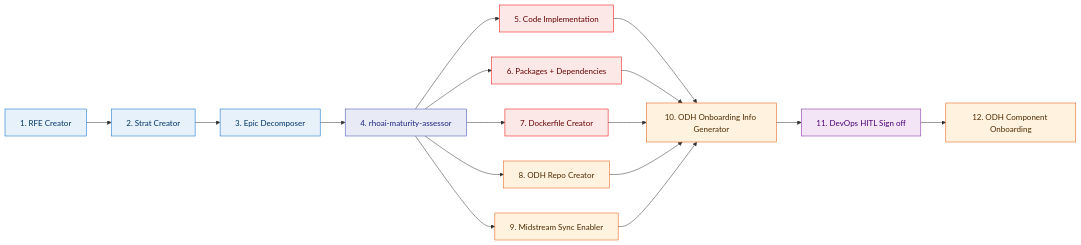
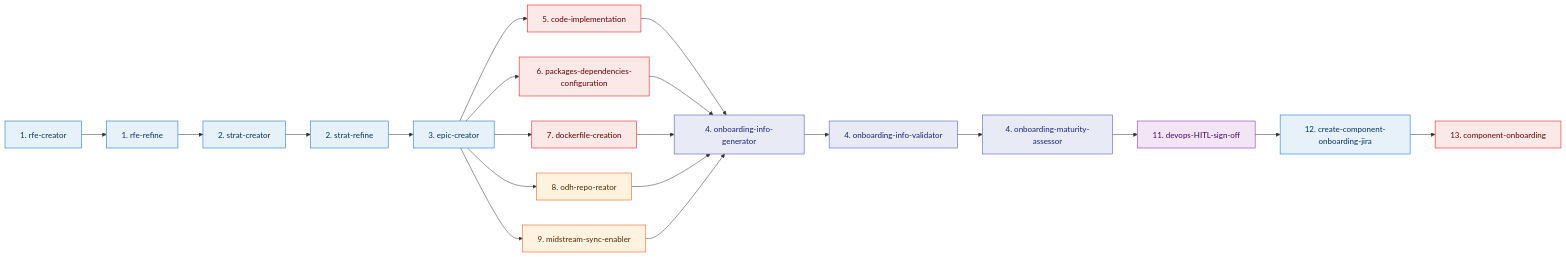
Before and after one commit to opendatahub-io/aiops-infra: the diagram in ADLC/Agentic SDLC+Productization-v2.md, drawn with Mermaid.

Commit message:
updating ADLC productization flow

````diff
--- a/ADLC/Agentic SDLC+Productization-v2.md
+++ b/ADLC/Agentic SDLC+Productization-v2.md
@@ -3,36 +3,38 @@
 ```mermaid
 flowchart LR
     classDef planning   fill:#e7f1fa,stroke:#0066cc,color:#003366
     classDef assessment fill:#e8eaf6,stroke:#3949ab,color:#1a237e
-    classDef dev        fill:#fde8e8,stroke:#ee0000,color:#660000
+    classDef execution        fill:#fde8e8,stroke:#ee0000,color:#660000
     classDef infra      fill:#fff3e0,stroke:#e65100,color:#4e2a00
     classDef approval   fill:#f3e5f5,stroke:#7b1fa2,color:#4a0072
-    classDef qe         fill:#e0f7fa,stroke:#00838f,color:#003d44
-    classDef release    fill:#e8f5e3,stroke:#3e8c35,color:#1a4d1a
 
-    A[1. RFE Creator]:::planning
-    B[2. Strat Creator]:::planning
-    C[3. Epic Decomposer]:::planning
-    D[4. rhoai-maturity-assessor]:::assessment
-    P1[5. Code Implementation]:::dev
-    P2[6. Packages + Dependencies]:::dev
-    P3[7. Dockerfile Creator]:::dev
-    P4[8. ODH Repo Creator]:::infra
-    P5[9. Midstream Sync Enabler]:::infra
-    Q[10. ODH Onboarding Info Generator]:::infra
-    R[11. DevOps HITL Sign off]:::approval
-    S[12. ODH Component Onboarding]:::infra
+    A[1. rfe-creator]:::planning
+    A1[1. rfe-refine]:::planning
+    B[2. strat-creator]:::planning
+    B1[2. strat-refine]:::planning
+    C1[3. epic-creator]:::planning
+    D1[5. code-implementation]:::execution
+    D2[6. packages-dependencies-configuration]:::execution
+    D3[7. dockerfile-creation]:::execution
+    D4[8. odh-repo-reator]:::infra
+    D5[9. midstream-sync-enabler]:::infra
+    E1[4. onboarding-info-generator]:::assessment
+    E2[4. onboarding-info-validator]:::assessment
+    E3[4. onboarding-maturity-assessor]:::assessment
+    F[11. devops-HITL-sign-off]:::approval
+    G[12. create-component-onboarding-jira]:::planning
+    H[13. component-onboarding]:::execution
 
-    A --> B --> C --> D
-    D --> P1
-    D --> P2
-    D --> P3
-    D --> P4
-    D --> P5
-    P1 --> Q
-    P2 --> Q
-    P3 --> Q
-    P4 --> Q
-    P5 --> Q
-    Q --> R --> S 
+    A --> A1 --> B --> B1 --> C1
+    C1 --> D1
+    C1 --> D2
+    C1 --> D3
+    C1 --> D4
+    C1 --> D5
+    D1 --> E1
+    D2 --> E1
+    D3 --> E1
+    D4 --> E1
+    D5 --> E1
+    E1 --> E2 --> E3 --> F --> G --> H 
 ```
````
